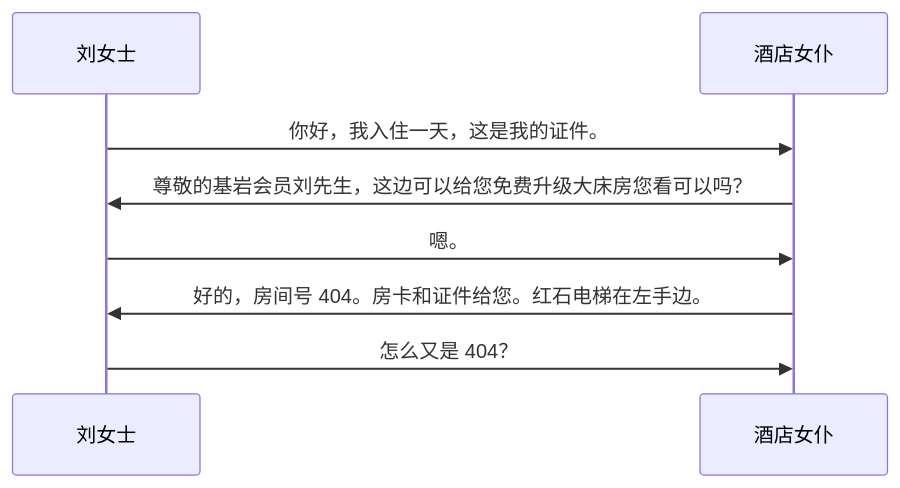
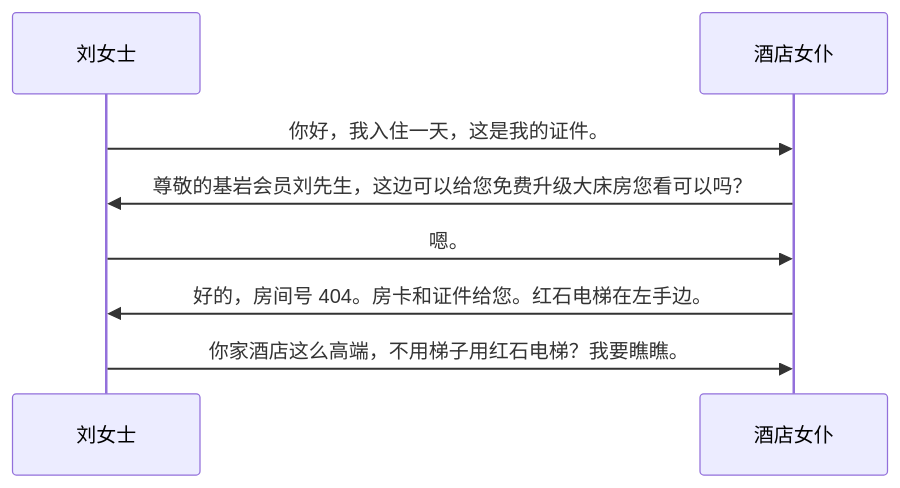
One commit to sb-child/sb-child changed the third of 27 diagrams in content/posts/the-comments-system.md. Above: the diagram before and after it, drawn with Mermaid. The commit also changed other lines of this file, not shown here.

````diff
--- a/content/posts/the-comments-system.md
+++ b/content/posts/the-comments-system.md
@@ -183,8 +191,8 @@
 ```mermaid
 sequenceDiagram
     刘女士->>酒店女仆: 你好，我入住一天，这是我的证件。
     酒店女仆->>刘女士: 尊敬的基岩会员刘先生，这边可以给您免费升级大床房您看可以吗？
     刘女士->>酒店女仆: 嗯。
     酒店女仆->>刘女士: 好的，房间号 404。房卡和证件给您。红石电梯在左手边。
-    刘女士->>酒店女仆: 怎么又是 404？
+    刘女士->>酒店女仆: 你家酒店这么高端，不用梯子用红石电梯？我要瞧瞧。
 ```
````
